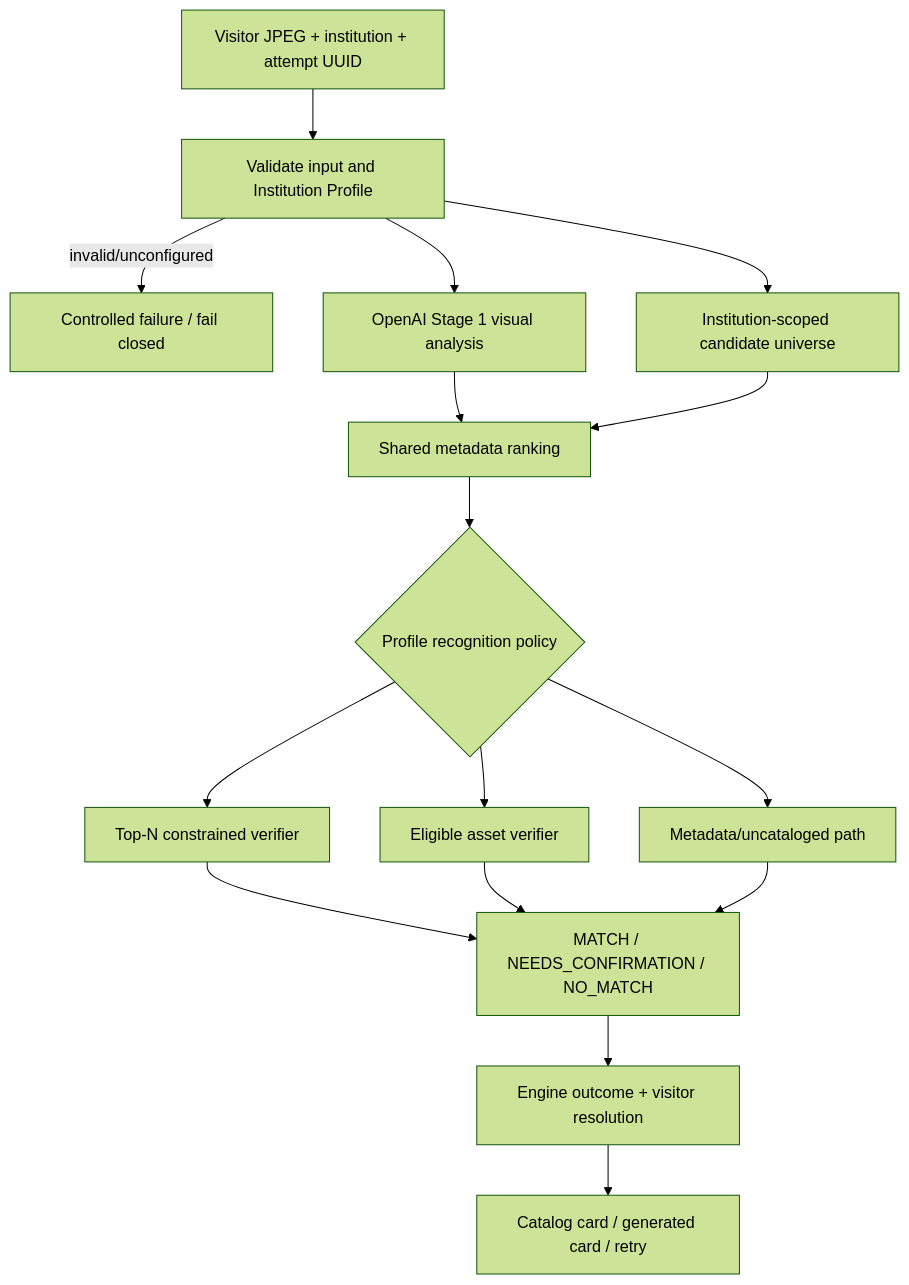
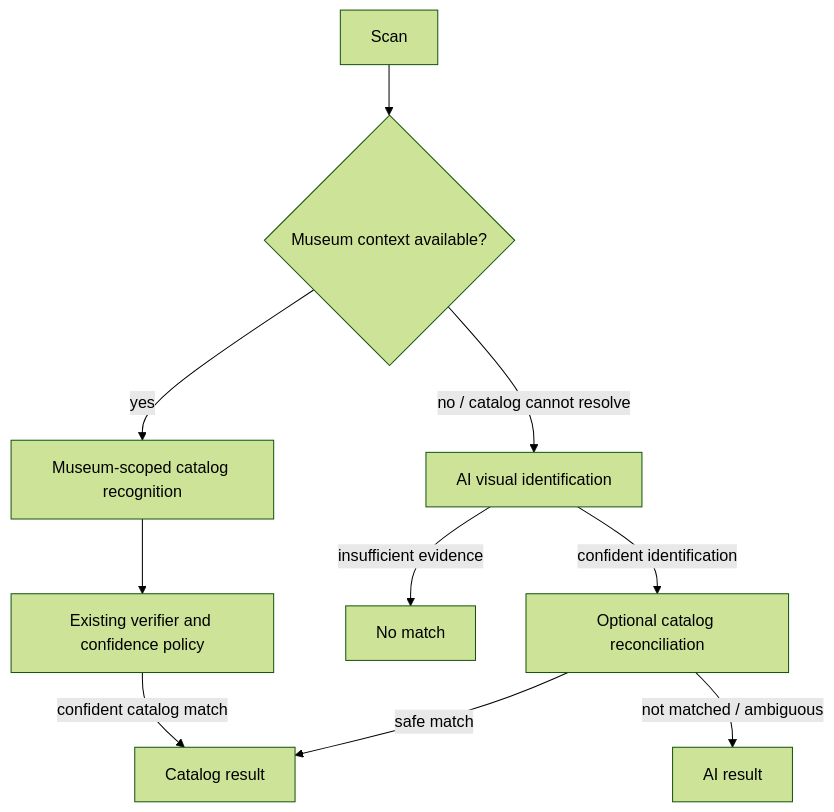
One commit to shopqrepublik/aura changed the diagram in docs/recognition/RECOGNITION_PIPELINE.md. Above: the diagram before and after it, drawn with Mermaid (forest theme). The commit also changed other lines of this file and 8 other files, not shown here.

````diff
--- a/docs/recognition/RECOGNITION_PIPELINE.md
+++ b/docs/recognition/RECOGNITION_PIPELINE.md
@@ -9,18 +9,12 @@
 ```mermaid
 flowchart TD
-  I[Visitor JPEG + institution + attempt UUID] --> Q[Validate input and Institution Profile]
-  Q -->|invalid/unconfigured| X[Controlled failure / fail closed]
-  Q --> S1[OpenAI Stage 1 visual analysis]
-  Q --> C[Institution-scoped candidate universe]
-  S1 --> R[Shared metadata ranking]
-  C --> R
-  R --> P{Profile recognition policy}
-  P --> T[Top-N constrained verifier]
-  P --> V[Eligible asset verifier]
-  P --> M[Metadata/uncataloged path]
-  T --> D[MATCH / NEEDS_CONFIRMATION / NO_MATCH]
-  V --> D
-  M --> D
-  D --> E[Engine outcome + visitor resolution]
-  E --> A[Catalog card / generated card / retry]
+  I[Scan] --> Q{Museum context available?}
+  Q -->|yes| C[Museum-scoped catalog recognition]
+  C --> V[Existing verifier and confidence policy]
+  V -->|confident catalog match| CR[Catalog result]
+  Q -->|no / catalog cannot resolve| S1[AI visual identification]
+  S1 -->|insufficient evidence| NM[No match]
+  S1 -->|confident identification| R[Optional catalog reconciliation]
+  R -->|safe match| CR
+  R -->|not matched / ambiguous| AIR[AI result]
 ```
````
